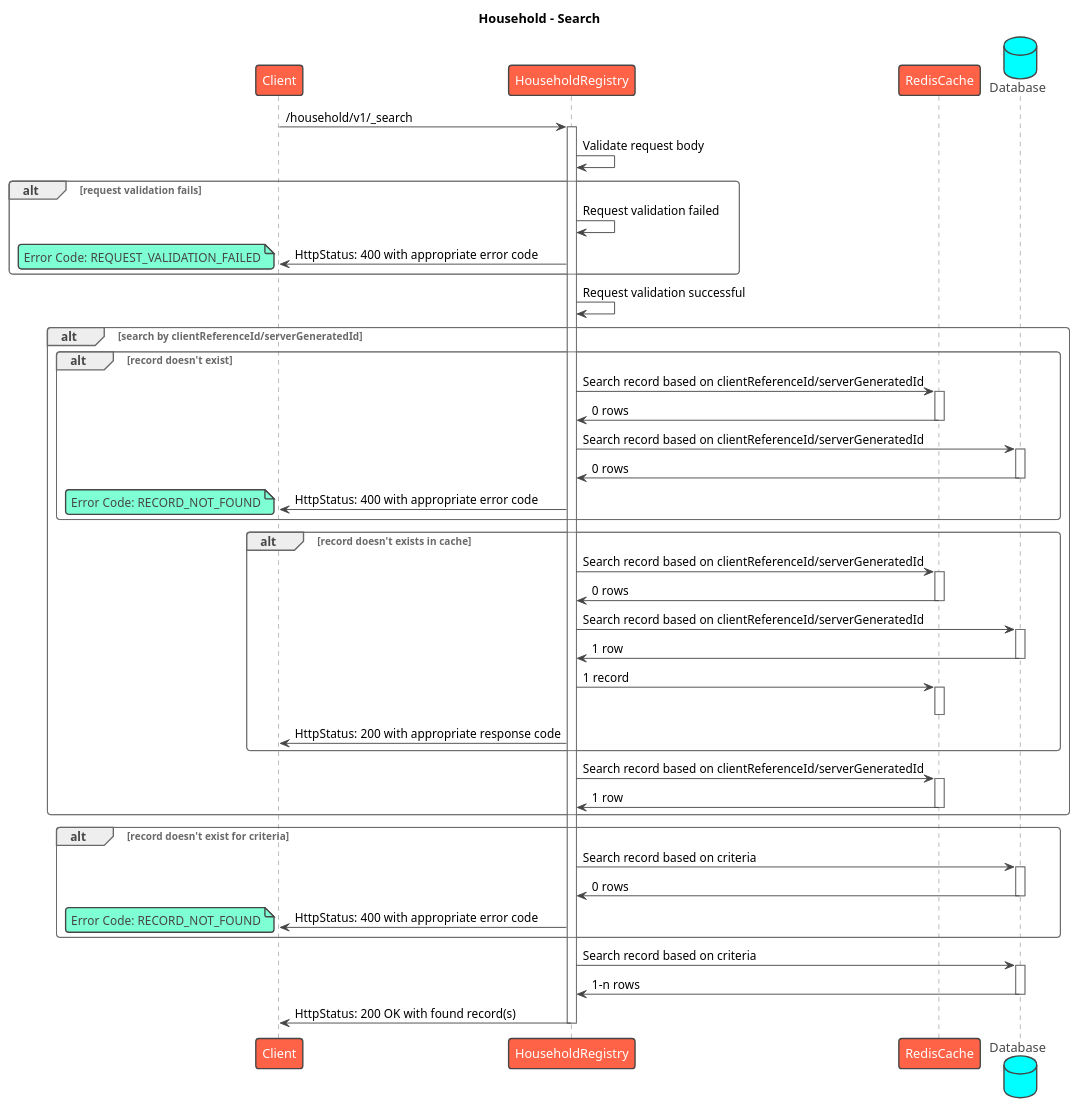
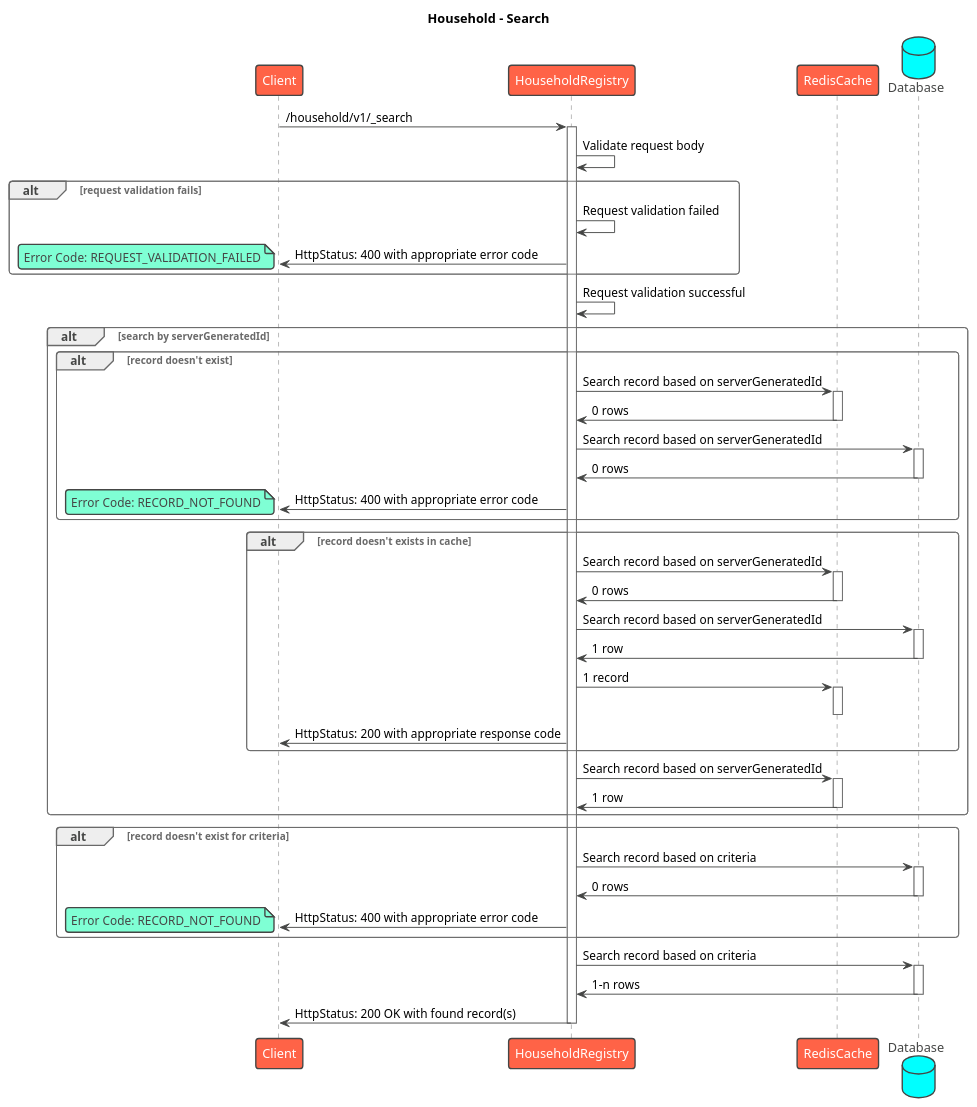
The diagram in contracts/registries/household/sequence/search.puml (egovernments/health-api-specs), drawn with PlantUML before and after one commit. The commit also changed 5 other files, not shown here.

First line of the commit message:
Sequence: Removed clientReferenceId

```diff
--- a/contracts/registries/household/sequence/search.puml
+++ b/contracts/registries/household/sequence/search.puml
@@ -1,69 +1,69 @@
 @startuml
 title Household - Search
 !theme vibrant
 participant Client as c
 participant HouseholdRegistry as s
 participant RedisCache as rc
 database Database as db
 c -> s : /household/v1/_search
 activate s
 s -> s: Validate request body
 alt request validation fails
     s -> s: Request validation failed
     s -> c: HttpStatus: 400 with appropriate error code
     note left
       Error Code: REQUEST_VALIDATION_FAILED
     end note
 end
 s -> s: Request validation successful
-alt search by clientReferenceId/serverGeneratedId
+alt search by serverGeneratedId
     alt record doesn't exist
-        s -> rc: Search record based on clientReferenceId/serverGeneratedId
+        s -> rc: Search record based on serverGeneratedId
         activate rc
         rc -> s: 0 rows
         deactivate rc
-        s -> db: Search record based on clientReferenceId/serverGeneratedId
+        s -> db: Search record based on serverGeneratedId
         activate db
         db -> s: 0 rows
         deactivate db
         s -> c: HttpStatus: 400 with appropriate error code
         note left
           Error Code: RECORD_NOT_FOUND
         end note
     end
     alt record doesn't exists in cache
-        s -> rc: Search record based on clientReferenceId/serverGeneratedId
+        s -> rc: Search record based on serverGeneratedId
         activate rc
         rc -> s: 0 rows
         deactivate rc
-        s -> db: Search record based on clientReferenceId/serverGeneratedId
+        s -> db: Search record based on serverGeneratedId
         activate db
         db -> s: 1 row
         deactivate db
         s -> rc: 1 record
         activate rc
         deactivate rc
         s -> c: HttpStatus: 200 with appropriate response code
     end
-s -> rc: Search record based on clientReferenceId/serverGeneratedId
+s -> rc: Search record based on serverGeneratedId
 activate rc
 rc -> s: 1 row
 deactivate rc
 end
 alt record doesn't exist for criteria
     s -> db: Search record based on criteria
     activate db
     db -> s: 0 rows
     deactivate db
     s -> c: HttpStatus: 400 with appropriate error code
     note left
       Error Code: RECORD_NOT_FOUND
     end note
 end
 s -> db: Search record based on criteria
 activate db
 db -> s: 1-n rows
 deactivate db
 s -> c: HttpStatus: 200 OK with found record(s)
 deactivate s
 @enduml
```
